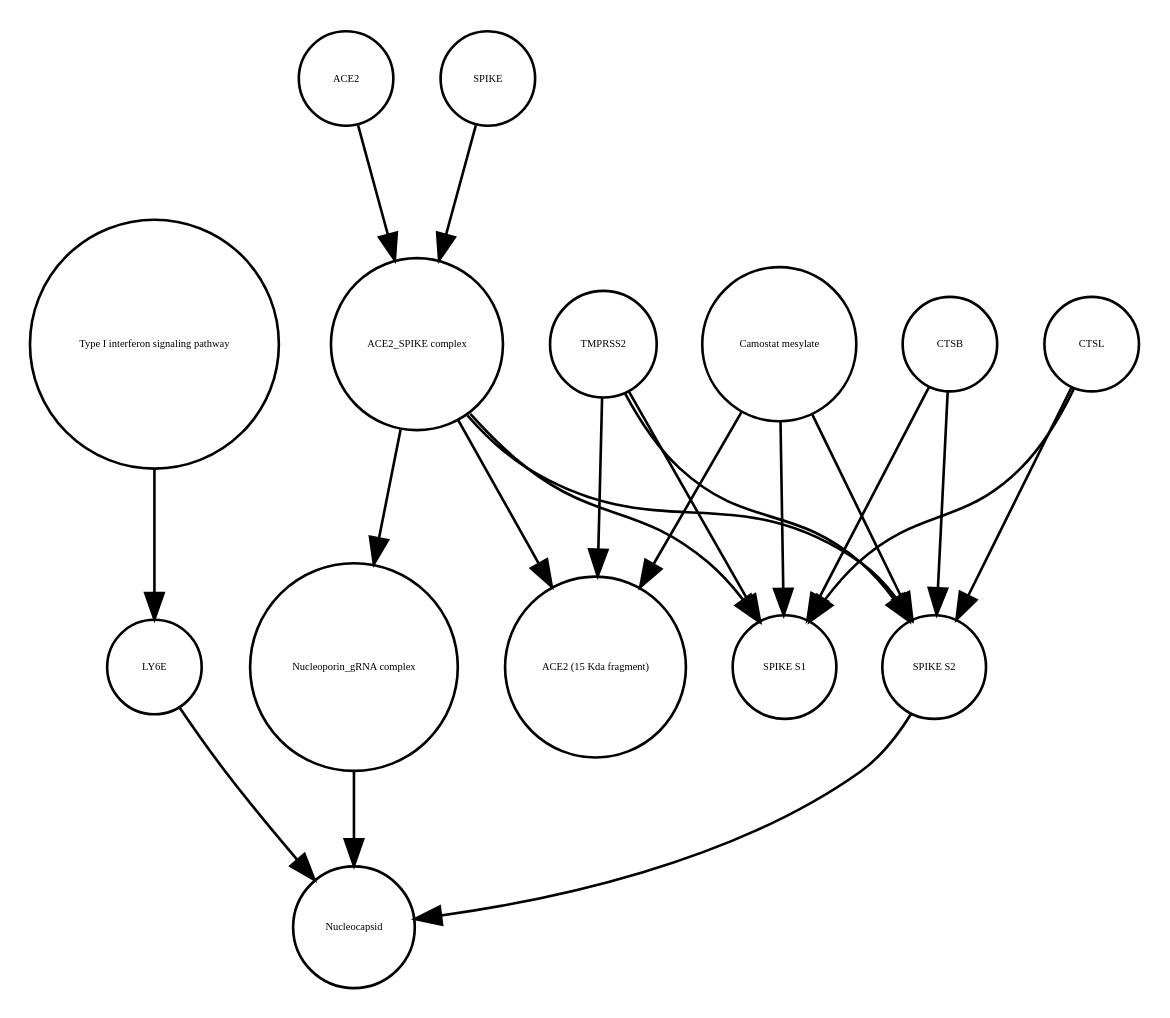
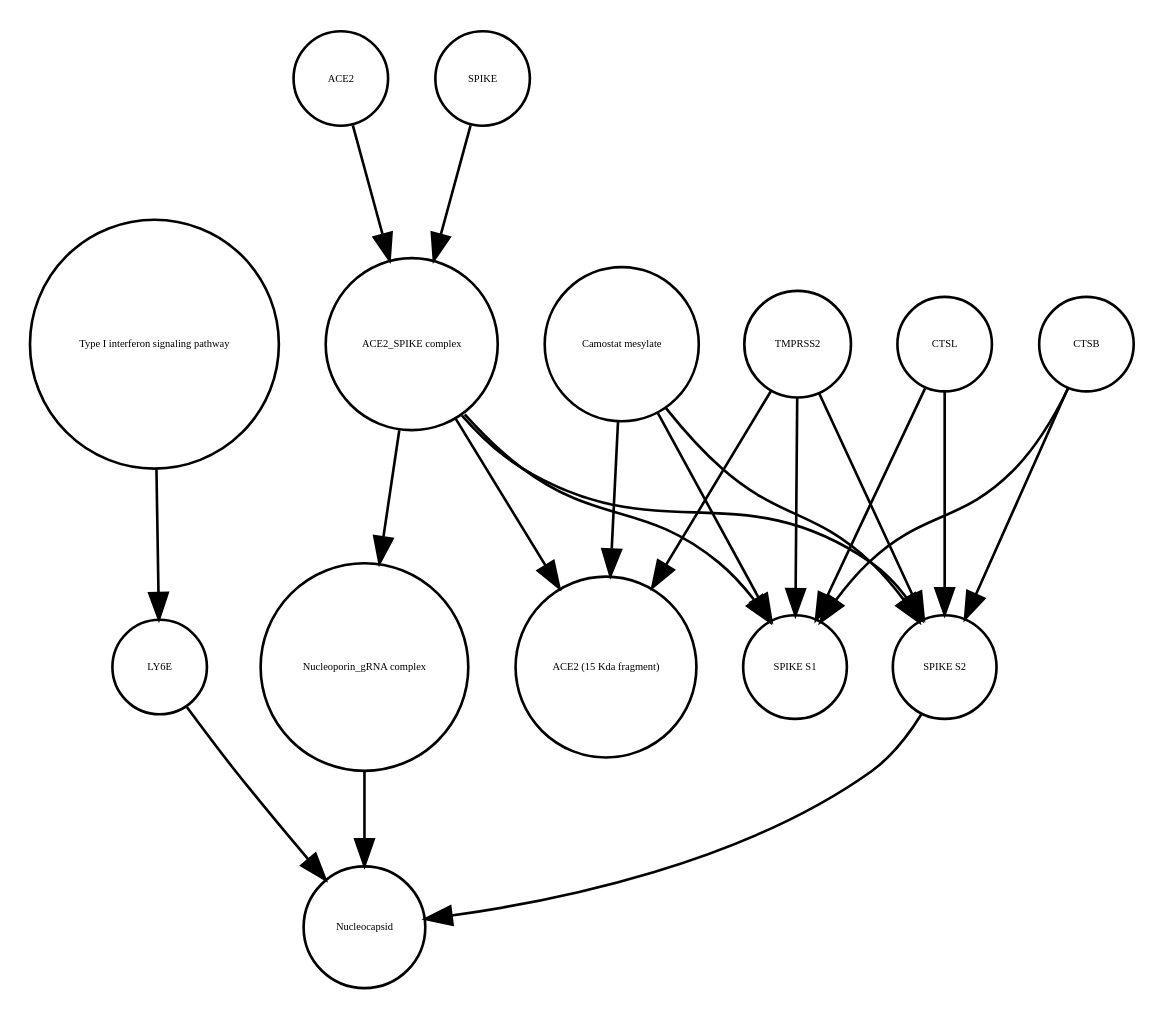
Before and after one commit to cannin/covid19-sbgn: the diagram in Virus_replication_cycle_V01.xml_projected.dot, drawn with Graphviz. The commit also changed 613 other files, not shown here.

```diff
--- a/Virus_replication_cycle_V01.xml_projected.dot
+++ b/Virus_replication_cycle_V01.xml_projected.dot
@@ -1,36 +1,36 @@
 strict digraph  {
 "Type I interferon signaling pathway" [annotation="", bipartite=0, cls=phenotype, fontsize=4, label="Type I interferon signaling pathway", shape=circle];
 LY6E [annotation="", bipartite=0, cls=macromolecule, fontsize=4, label=LY6E, shape=circle];
+"SPIKE S2" [annotation="", bipartite=0, cls=macromolecule, fontsize=4, label="SPIKE S2", shape=circle];
 ACE2 [annotation="", bipartite=0, cls=macromolecule, fontsize=4, label=ACE2, shape=circle];
+"ACE2_SPIKE complex" [annotation="", bipartite=0, cls=complex, fontsize=4, label="ACE2_SPIKE complex", shape=circle];
+SPIKE [annotation="", bipartite=0, cls="macromolecule multimer", fontsize=4, label=SPIKE, shape=circle];
+CTSB [annotation="", bipartite=0, cls=macromolecule, fontsize=4, label=CTSB, shape=circle];
+"Camostat mesylate" [annotation="urn_miriam_pubchem.compound_2536", bipartite=0, cls="simple chemical", fontsize=4, label="Camostat mesylate", shape=circle];
+"ACE2 (15 Kda fragment)" [annotation="", bipartite=0, cls=macromolecule, fontsize=4, label="ACE2 (15 Kda fragment)", shape=circle];
+TMPRSS2 [annotation="", bipartite=0, cls=macromolecule, fontsize=4, label=TMPRSS2, shape=circle];
+"Nucleoporin_gRNA complex " [annotation="", bipartite=0, cls=complex, fontsize=4, label="Nucleoporin_gRNA complex ", shape=circle];
+Nucleocapsid [annotation="", bipartite=0, cls=complex, fontsize=4, label=Nucleocapsid, shape=circle];
+CTSL [annotation="", bipartite=0, cls=macromolecule, fontsize=4, label=CTSL, shape=circle];
 "SPIKE S1" [annotation="", bipartite=0, cls=macromolecule, fontsize=4, label="SPIKE S1", shape=circle];
-"Nucleoporin_gRNA complex " [annotation="", bipartite=0, cls=complex, fontsize=4, label="Nucleoporin_gRNA complex ", shape=circle];
-"ACE2_SPIKE complex" [annotation="", bipartite=0, cls=complex, fontsize=4, label="ACE2_SPIKE complex", shape=circle];
-Nucleocapsid [annotation="", bipartite=0, cls=complex, fontsize=4, label=Nucleocapsid, shape=circle];
-TMPRSS2 [annotation="", bipartite=0, cls=macromolecule, fontsize=4, label=TMPRSS2, shape=circle];
-CTSL [annotation="", bipartite=0, cls=macromolecule, fontsize=4, label=CTSL, shape=circle];
-"Camostat mesylate" [annotation="urn_miriam_pubchem.compound_2536", bipartite=0, cls="simple chemical", fontsize=4, label="Camostat mesylate", shape=circle];
-"SPIKE S2" [annotation="", bipartite=0, cls=macromolecule, fontsize=4, label="SPIKE S2", shape=circle];
-CTSB [annotation="", bipartite=0, cls=macromolecule, fontsize=4, label=CTSB, shape=circle];
-SPIKE [annotation="", bipartite=0, cls="macromolecule multimer", fontsize=4, label=SPIKE, shape=circle];
-"ACE2 (15 Kda fragment)" [annotation="", bipartite=0, cls=macromolecule, fontsize=4, label="ACE2 (15 Kda fragment)", shape=circle];
 "Type I interferon signaling pathway" -> LY6E  [annotation="", interaction_type=stimulation];
-LY6E -> Nucleocapsid  [annotation="urn_miriam_doi_10.1101%2F2020.03.05.979260", interaction_type=inhibition];
+LY6E -> Nucleocapsid  [annotation="urn_miriam_doi_10.1101%2F2020.03.05.979260|urn_miriam_pubmed_32142651|urn_miriam_pubmed_32094589", interaction_type=inhibition];
+"SPIKE S2" -> Nucleocapsid  [annotation="urn_miriam_doi_10.1101%2F2020.03.05.979260|urn_miriam_pubmed_32142651|urn_miriam_pubmed_32094589", interaction_type=stimulation];
 ACE2 -> "ACE2_SPIKE complex"  [annotation="", interaction_type=production];
-"Nucleoporin_gRNA complex " -> Nucleocapsid  [annotation="", interaction_type=production];
+"ACE2_SPIKE complex" -> "SPIKE S2"  [annotation="", interaction_type=production];
+"ACE2_SPIKE complex" -> "SPIKE S1"  [annotation="", interaction_type=production];
 "ACE2_SPIKE complex" -> "Nucleoporin_gRNA complex "  [annotation="urn_miriam_pubmed_32142651|urn_miriam_pubmed_32094589", interaction_type=stimulation];
 "ACE2_SPIKE complex" -> "ACE2 (15 Kda fragment)"  [annotation="", interaction_type=production];
-"ACE2_SPIKE complex" -> "SPIKE S1"  [annotation="", interaction_type=production];
-"ACE2_SPIKE complex" -> "SPIKE S2"  [annotation="", interaction_type=production];
+SPIKE -> "ACE2_SPIKE complex"  [annotation="", interaction_type=production];
+CTSB -> "SPIKE S2"  [annotation=urn_miriam_pubmed_32142651, interaction_type=catalysis];
+CTSB -> "SPIKE S1"  [annotation=urn_miriam_pubmed_32142651, interaction_type=catalysis];
+"Camostat mesylate" -> "SPIKE S2"  [annotation="urn_miriam_pubmed_32142651|urn_miriam_pubmed_32094589|urn_miriam_pubmed_24227843", interaction_type=inhibition];
+"Camostat mesylate" -> "ACE2 (15 Kda fragment)"  [annotation="urn_miriam_pubmed_32142651|urn_miriam_pubmed_32094589|urn_miriam_pubmed_24227843", interaction_type=inhibition];
+"Camostat mesylate" -> "SPIKE S1"  [annotation="urn_miriam_pubmed_32142651|urn_miriam_pubmed_32094589|urn_miriam_pubmed_24227843", interaction_type=inhibition];
+TMPRSS2 -> "SPIKE S2"  [annotation="urn_miriam_pubmed_32142651|urn_miriam_pubmed_32094589|urn_miriam_pubmed_24227843", interaction_type=catalysis];
 TMPRSS2 -> "ACE2 (15 Kda fragment)"  [annotation="urn_miriam_pubmed_32142651|urn_miriam_pubmed_32094589|urn_miriam_pubmed_24227843", interaction_type=catalysis];
 TMPRSS2 -> "SPIKE S1"  [annotation="urn_miriam_pubmed_32142651|urn_miriam_pubmed_32094589|urn_miriam_pubmed_24227843", interaction_type=catalysis];
-TMPRSS2 -> "SPIKE S2"  [annotation="urn_miriam_pubmed_32142651|urn_miriam_pubmed_32094589|urn_miriam_pubmed_24227843", interaction_type=catalysis];
+"Nucleoporin_gRNA complex " -> Nucleocapsid  [annotation="", interaction_type=production];
+CTSL -> "SPIKE S2"  [annotation=urn_miriam_pubmed_32142651, interaction_type=catalysis];
 CTSL -> "SPIKE S1"  [annotation=urn_miriam_pubmed_32142651, interaction_type=catalysis];
-CTSL -> "SPIKE S2"  [annotation=urn_miriam_pubmed_32142651, interaction_type=catalysis];
-"Camostat mesylate" -> "ACE2 (15 Kda fragment)"  [annotation="urn_miriam_pubmed_32142651|urn_miriam_pubmed_32094589|urn_miriam_pubmed_24227843", interaction_type=inhibition];
-"Camostat mesylate" -> "SPIKE S1"  [annotation="urn_miriam_pubmed_32142651|urn_miriam_pubmed_32094589|urn_miriam_pubmed_24227843", interaction_type=inhibition];
-"Camostat mesylate" -> "SPIKE S2"  [annotation="urn_miriam_pubmed_32142651|urn_miriam_pubmed_32094589|urn_miriam_pubmed_24227843", interaction_type=inhibition];
-"SPIKE S2" -> Nucleocapsid  [annotation="urn_miriam_doi_10.1101%2F2020.03.05.979260", interaction_type=stimulation];
-CTSB -> "SPIKE S1"  [annotation=urn_miriam_pubmed_32142651, interaction_type=catalysis];
-CTSB -> "SPIKE S2"  [annotation=urn_miriam_pubmed_32142651, interaction_type=catalysis];
-SPIKE -> "ACE2_SPIKE complex"  [annotation="", interaction_type=production];
 }
```
